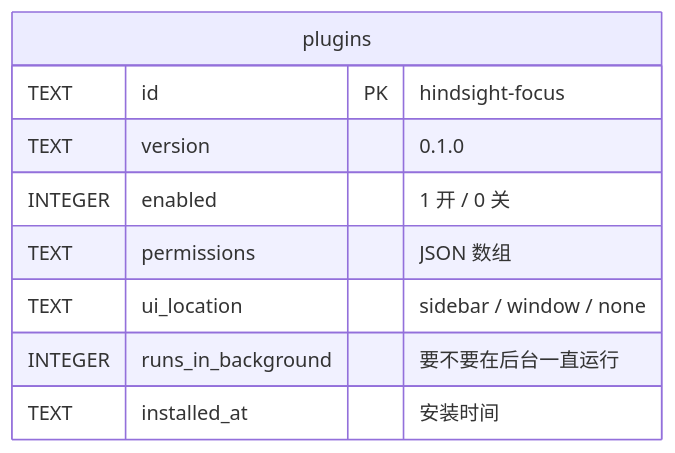
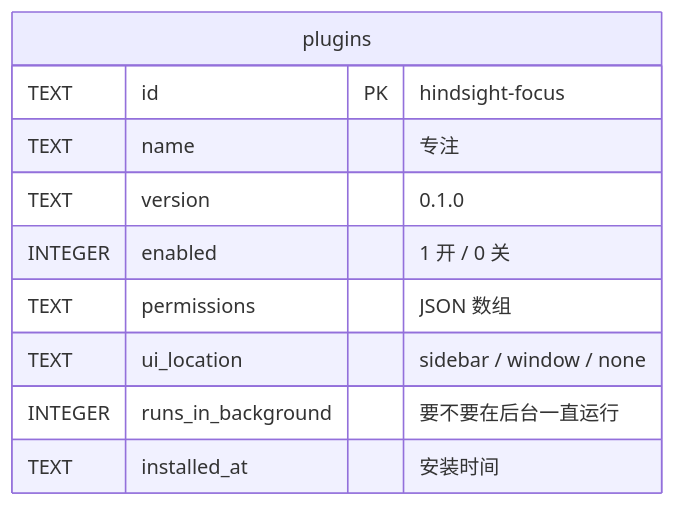
One commit to Tomotsugu-dev/Hindsight changed the first of 2 diagrams in docs/design/plugins/zh/data.md. Above: the diagram before and after it, drawn with Mermaid. The commit also changed other lines of this file and 11 other files, not shown here.

````diff
--- a/docs/design/plugins/zh/data.md
+++ b/docs/design/plugins/zh/data.md
@@ -12,12 +12,13 @@
 ```mermaid
 erDiagram
   plugins {
     TEXT id PK "hindsight-focus"
+    TEXT name "专注"
     TEXT version "0.1.0"
     INTEGER enabled "1 开 / 0 关"
     TEXT permissions "JSON 数组"
     TEXT ui_location "sidebar / window / none"
     INTEGER runs_in_background "要不要在后台一直运行"
     TEXT installed_at "安装时间"
   }
 ```
````
